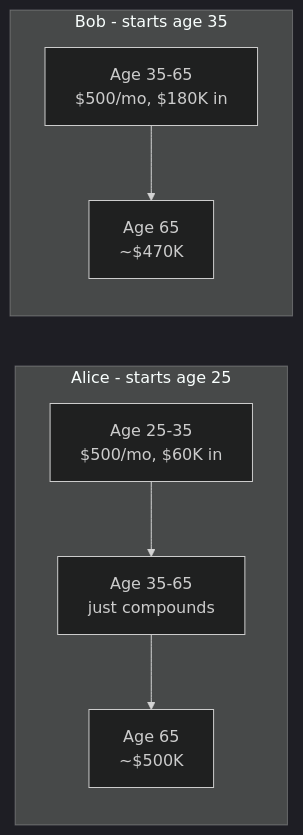
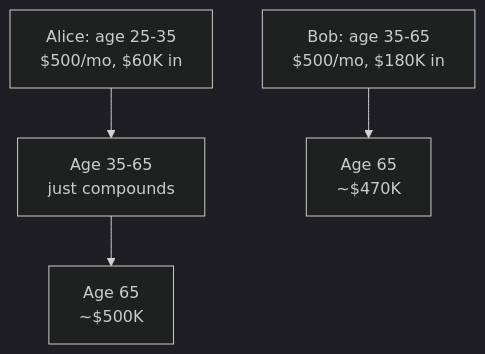
The diagram in docs/first-60-days/week-5/day-29.md (leotansingapore/aia-product-compass-hub), drawn with Mermaid (dark theme) before and after one commit. The commit also changed other lines of this file and 56 other files, not shown here.

Commit message:
Readability pass across first-60-days: styled HTML to tables/diagrams, cleaner formatting, no leaked metadata

````diff
--- a/docs/first-60-days/week-5/day-29.md
+++ b/docs/first-60-days/week-5/day-29.md
@@ -110,9 +98,6 @@
 ```mermaid
-flowchart LR
-    subgraph Alice ["Alice - starts age 25"]
-        A1["Age 25-35<br/>$500/mo, $60K in"] --> A2["Age 35-65<br/>just compounds"] --> A3["Age 65<br/>~$500K"]
-    end
-    subgraph Bob ["Bob - starts age 35"]
-        B1["Age 35-65<br/>$500/mo, $180K in"] --> B2["Age 65<br/>~$470K"]
-    end
+flowchart TD
+    A1["Alice: age 25-35<br/>$500/mo, $60K in"] --> A2["Age 35-65<br/>just compounds"]
+    A2 --> A3["Age 65<br/>~$500K"]
+    B1["Bob: age 35-65<br/>$500/mo, $180K in"] --> B2["Age 65<br/>~$470K"]
 ```
````
